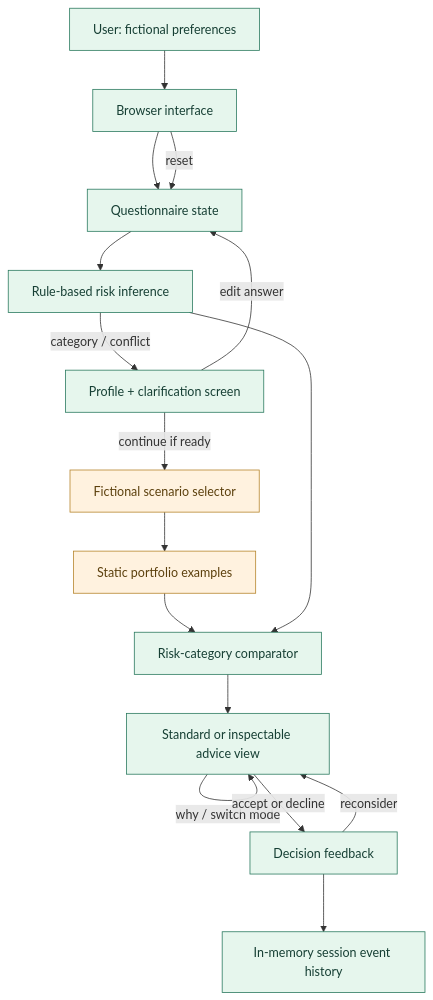
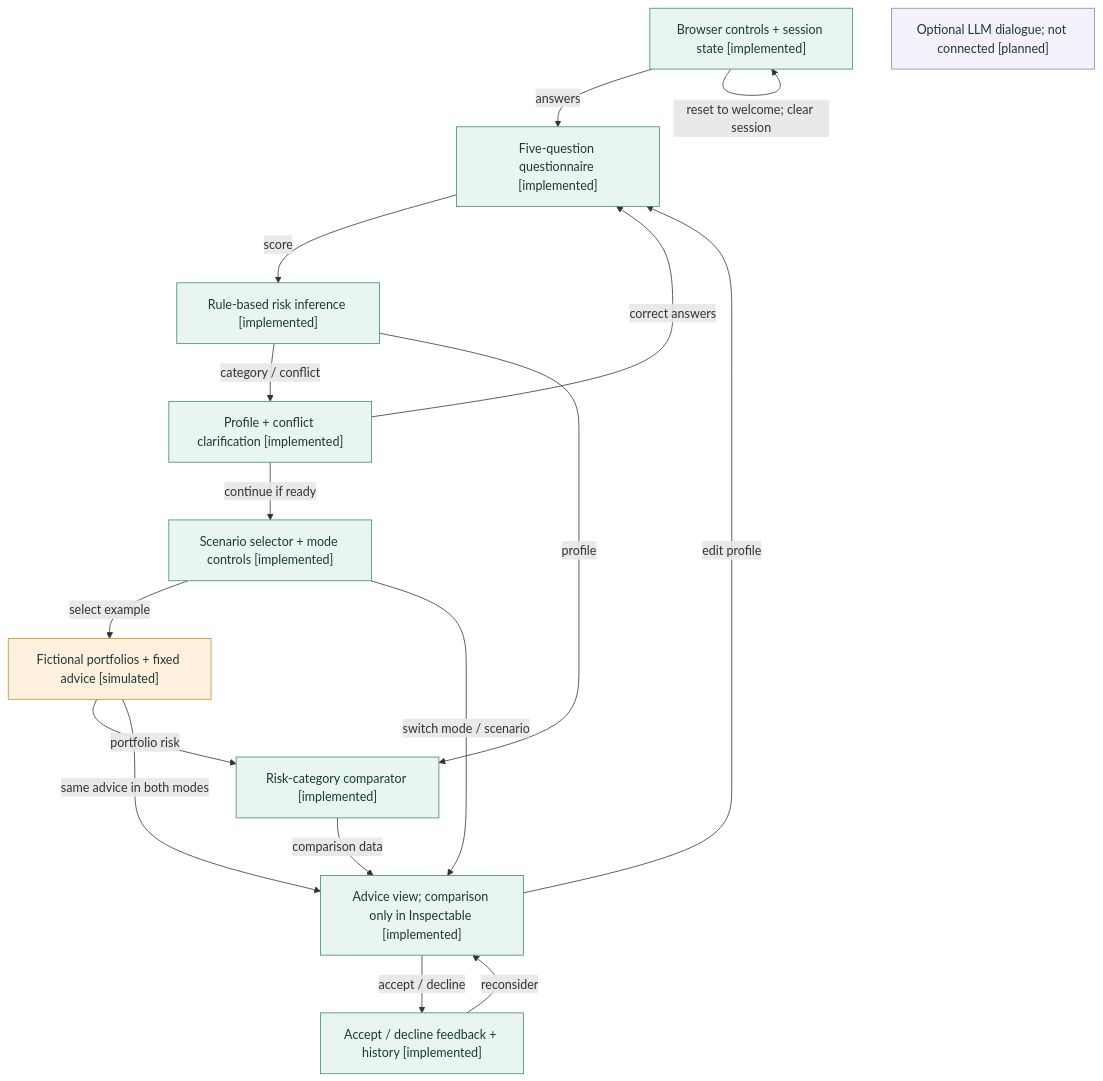
Before and after one commit to almarej/risklens-robo-adviser: the diagram in docs/architecture.mmd, drawn with Mermaid. The commit also changed 5 other files, not shown here.

```diff
--- a/docs/architecture.mmd
+++ b/docs/architecture.mmd
@@ -1,20 +1,32 @@
 flowchart TD
-    U[User: fictional preferences] --> UI[Browser interface]
-    UI --> Q[Questionnaire state]
-    Q --> R[Rule-based risk inference]
-    R -->|category / conflict| P[Profile + clarification screen]
-    P -->|edit answer| Q
-    P -->|continue if ready| S[Fictional scenario selector]
-    S --> D[Static portfolio examples]
-    D --> C[Risk-category comparator]
-    R --> C
-    C --> V[Standard or inspectable advice view]
-    V -->|why / switch mode| V
-    V -->|accept or decline| F[Decision feedback]
-    F --> H[In-memory session event history]
-    F -->|reconsider| V
-    UI -->|reset| Q
-    classDef built fill:#e6f6ed,stroke:#28785d,color:#163f34;
-    classDef simulated fill:#fff2df,stroke:#b58329,color:#5c400d;
-    class U,UI,Q,R,P,C,V,F,H built;
-    class S,D simulated;
+    ui["Browser controls + session state [implemented]"]
+    q["Five-question questionnaire [implemented]"]
+    r["Rule-based risk inference [implemented]"]
+    p["Profile + conflict clarification [implemented]"]
+    s["Scenario selector + mode controls [implemented]"]
+    d["Fictional portfolios + fixed advice [simulated]"]
+    c["Risk-category comparator [implemented]"]
+    v["Advice view; comparison only in Inspectable [implemented]"]
+    f["Accept / decline feedback + history [implemented]"]
+    l["Optional LLM dialogue; not connected [planned]"]
+    ui -->|answers| q
+    q -->|score| r
+    r -->|category / conflict| p
+    p -->|correct answers| q
+    p -->|continue if ready| s
+    s -->|select example| d
+    d -->|portfolio risk| c
+    r -->|profile| c
+    c -->|comparison data| v
+    d -->|same advice in both modes| v
+    s -->|switch mode / scenario| v
+    v -->|accept / decline| f
+    f -->|reconsider| v
+    v -->|edit profile| q
+    ui -->|reset to welcome; clear session| ui
+    classDef implemented fill:#e8f6ef,stroke:#3c8976,color:#173a34;
+    class ui,q,r,p,s,c,v,f implemented;
+    classDef simulated fill:#fff1dd,stroke:#be8c3f,color:#173a34;
+    class d simulated;
+    classDef planned fill:#f4f1fa,stroke:#9a7cb6,color:#173a34;
+    class l planned;
```
